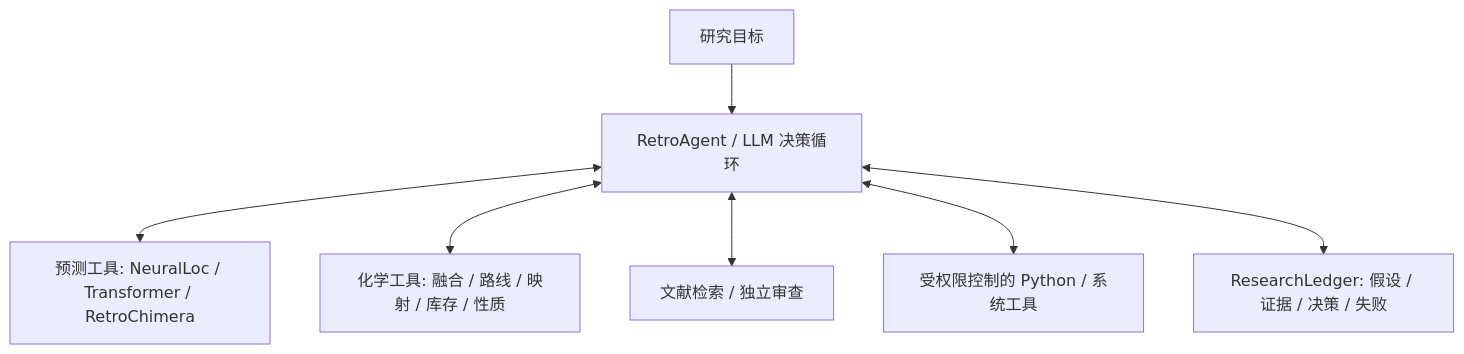
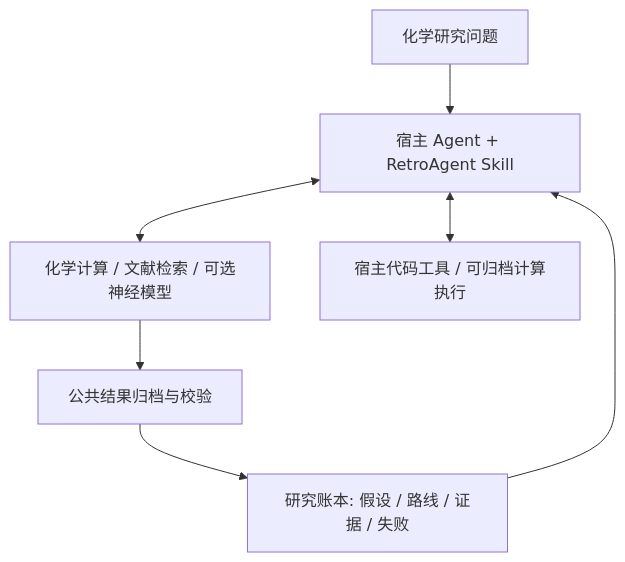
One commit to zhoucanzong/RetroAgent changed the diagram in README.md. Above: the diagram before and after it, drawn with Mermaid. The commit also changed other lines of this file and 28 other files, not shown here.

Commit message:
feat: publish host-driven RetroAgent skill edition

````diff
--- a/README.md
+++ b/README.md
@@ -38,9 +10,9 @@
 ```mermaid
 flowchart TD
-    Goal[研究目标] --> Agent[RetroAgent / LLM 决策循环]
-    Agent <--> Models[预测工具: NeuralLoc / Transformer / RetroChimera]
-    Agent <--> Chemistry[化学工具: 融合 / 路线 / 映射 / 库存 / 性质]
-    Agent <--> Evidence[文献检索 / 独立审查]
-    Agent <--> Execution[受权限控制的 Python / 系统工具]
-    Agent <--> State[ResearchLedger: 假设 / 证据 / 决策 / 失败]
+    User[化学研究问题] --> Host[宿主 Agent + RetroAgent Skill]
+    Host <--> Tools[化学计算 / 文献检索 / 可选神经模型]
+    Host <--> Code[宿主代码工具 / 可归档计算执行]
+    Tools --> Runtime[公共结果归档与校验]
+    Runtime --> Ledger[研究账本: 假设 / 路线 / 证据 / 失败]
+    Ledger --> Host
 ```
````
